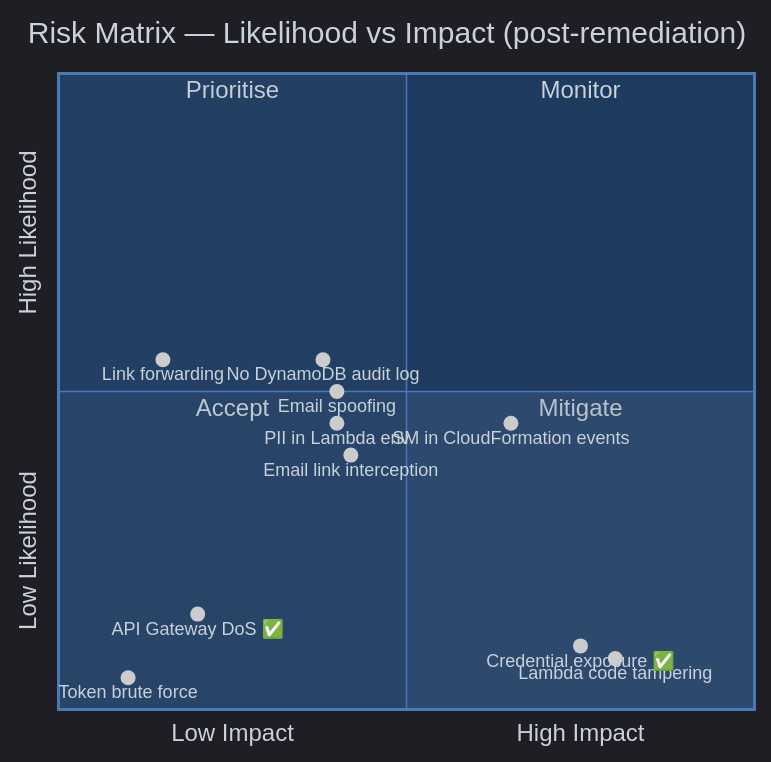
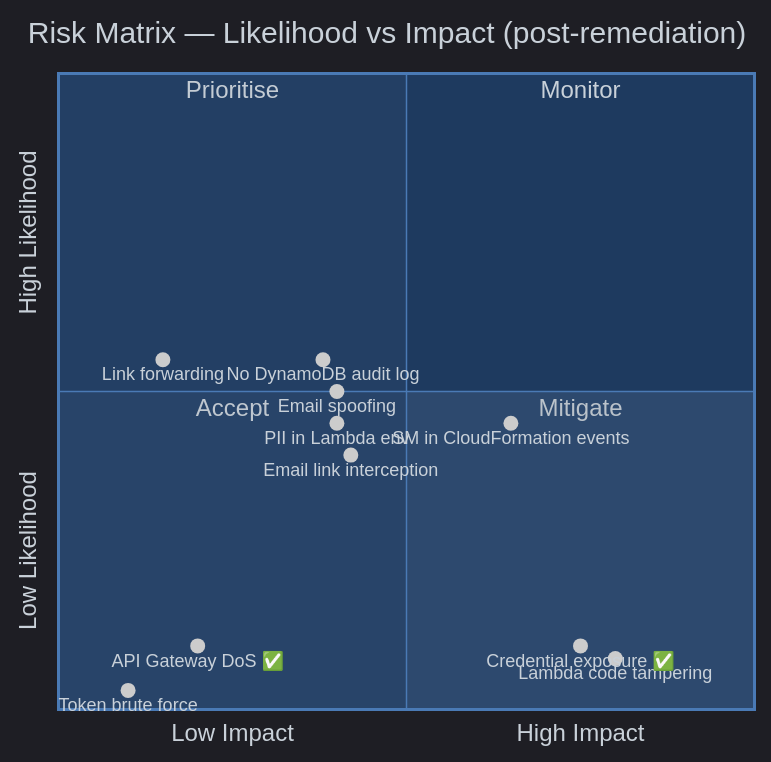
The fourth of 6 diagrams in docs/threat-model.md (baldrickuk/washingmachine-notifications), drawn with Mermaid before and after one commit. The commit also changed other lines of this file and 1 other file, not shown here.

````diff
--- a/docs/threat-model.md
+++ b/docs/threat-model.md
@@ -190,24 +196,24 @@
 ```mermaid
 %%{init: {'theme': 'dark', 'themeVariables': {'primaryColor': '#1e3a5f', 'primaryTextColor': '#c9d1d9', 'primaryBorderColor': '#4a7ab5', 'lineColor': '#58a6ff', 'edgeLabelBackground': '#0d1117'}}}%%
 
 quadrantChart
     title Risk Matrix — Likelihood vs Impact (post-remediation)
     x-axis Low Impact --> High Impact
     y-axis Low Likelihood --> High Likelihood
 
     quadrant-1 Monitor
     quadrant-2 Prioritise
     quadrant-3 Accept
     quadrant-4 Mitigate
 
-    Token brute force: [0.10, 0.05]
-    API Gateway DoS ✅: [0.20, 0.15]
+    Token brute force: [0.10, 0.03]
+    API Gateway DoS ✅: [0.20, 0.10]
     Email link interception: [0.42, 0.40]
     Credential exposure ✅: [0.75, 0.10]
     Lambda code tampering: [0.80, 0.08]
     Email spoofing: [0.40, 0.50]
     No DynamoDB audit log: [0.38, 0.55]
     Link forwarding: [0.15, 0.55]
     PII in Lambda env: [0.40, 0.45]
     SM in CloudFormation events: [0.65, 0.45]
 ```
````
